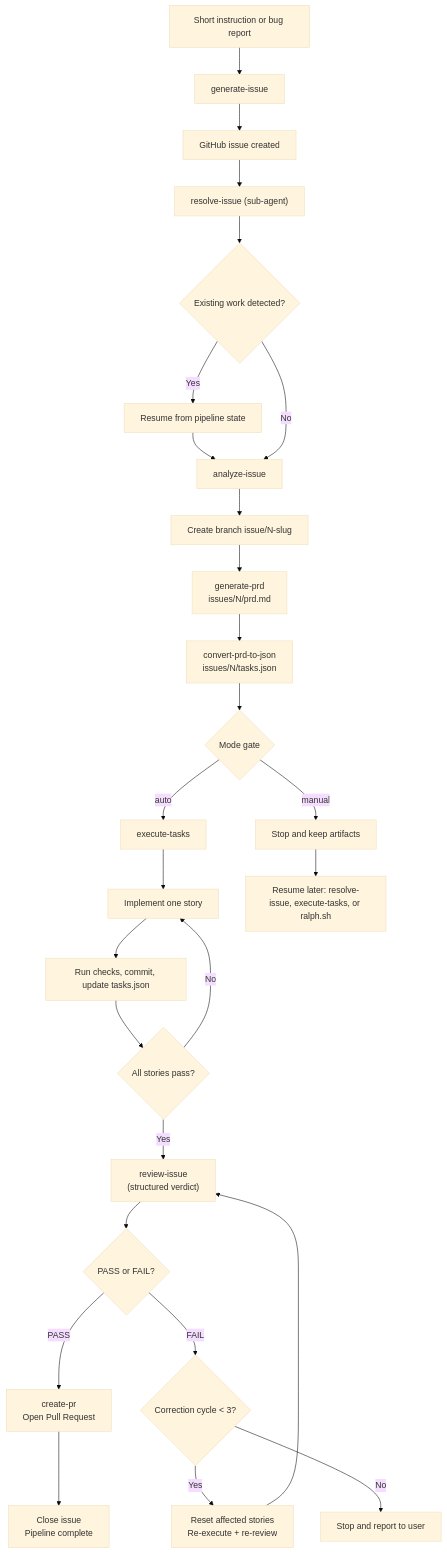
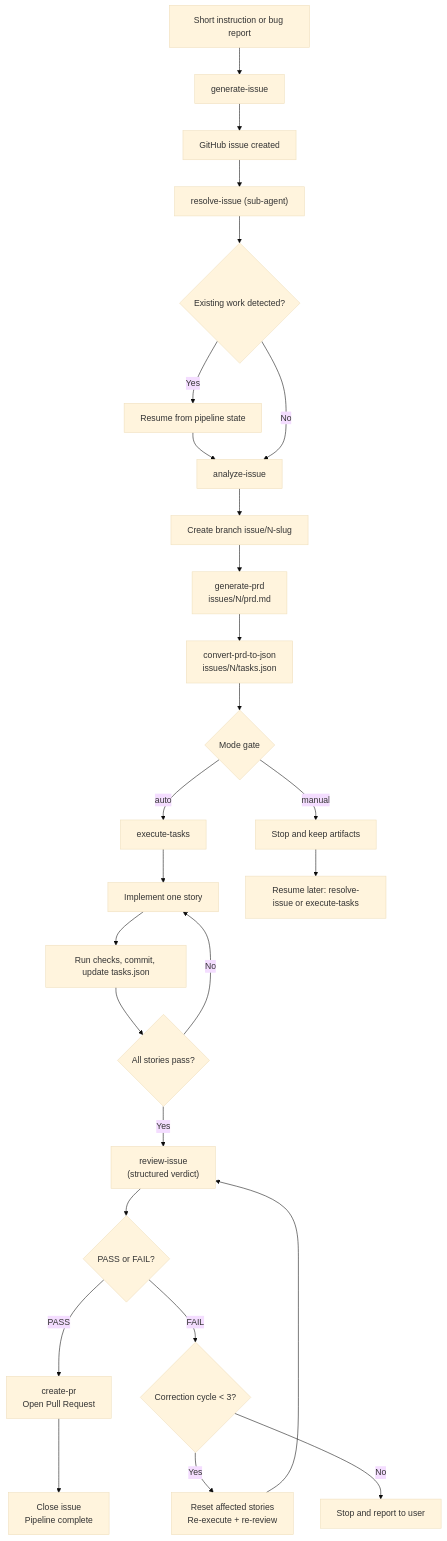
Before and after one commit to fabioassuncao/issue-flow: the diagram in docs/skills-and-agents.md, drawn with Mermaid (base theme). The commit also changed other lines of this file and 24 other files, not shown here.

First line of the commit message:
Removes Ralph pattern and script; unifies prompts under Issue Flow

````diff
--- a/docs/skills-and-agents.md
+++ b/docs/skills-and-agents.md
@@ -71,29 +71,29 @@
 ```mermaid
 flowchart TD
     A[Short instruction or bug report] --> B[generate-issue]
     B --> C[GitHub issue created]
     C --> D["resolve-issue (sub-agent)"]
     D --> E{Existing work detected?}
     E -- Yes --> E1["Resume from pipeline state"]
     E1 --> F
     E -- No --> F[analyze-issue]
     F --> G[Create branch issue/N-slug]
     G --> H[generate-prd<br/>issues/N/prd.md]
     H --> I[convert-prd-to-json<br/>issues/N/tasks.json]
     I --> J{"Mode gate"}
     J -- "auto" --> K[execute-tasks]
     J -- "manual" --> P[Stop and keep artifacts]
     K --> L[Implement one story]
     L --> M[Run checks, commit, update tasks.json]
     M --> N{All stories pass?}
     N -- No --> L
     N -- Yes --> V["review-issue<br/>(structured verdict)"]
     V --> S{PASS or FAIL?}
     S -- PASS --> R["create-pr<br/>Open Pull Request"]
     R --> T["Close issue<br/>Pipeline complete"]
     S -- FAIL --> W{"Correction cycle < 3?"}
     W -- Yes --> X["Reset affected stories<br/>Re-execute + re-review"]
     X --> V
     W -- No --> Y[Stop and report to user]
-    P --> Q["Resume later: resolve-issue, execute-tasks, or ralph.sh"]
+    P --> Q["Resume later: resolve-issue or execute-tasks"]
 ```
````
